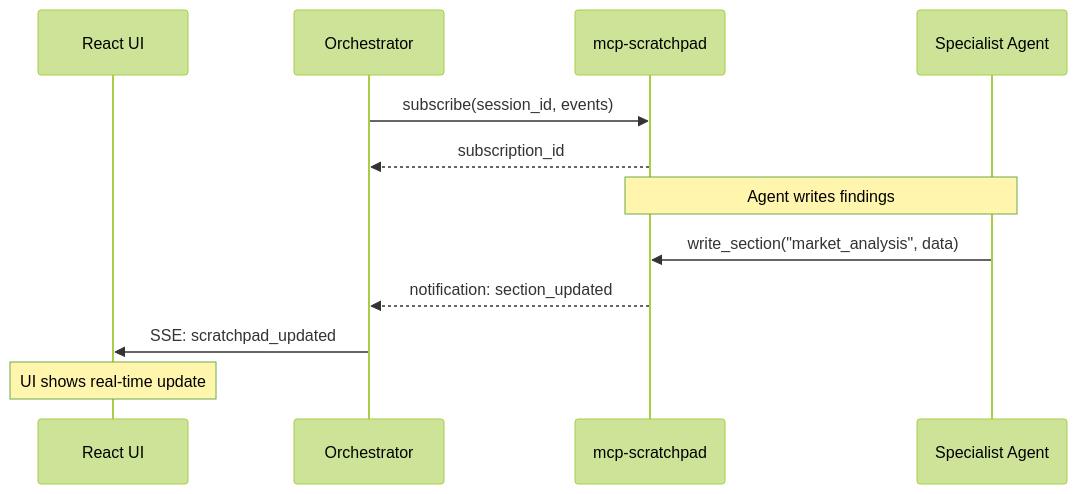
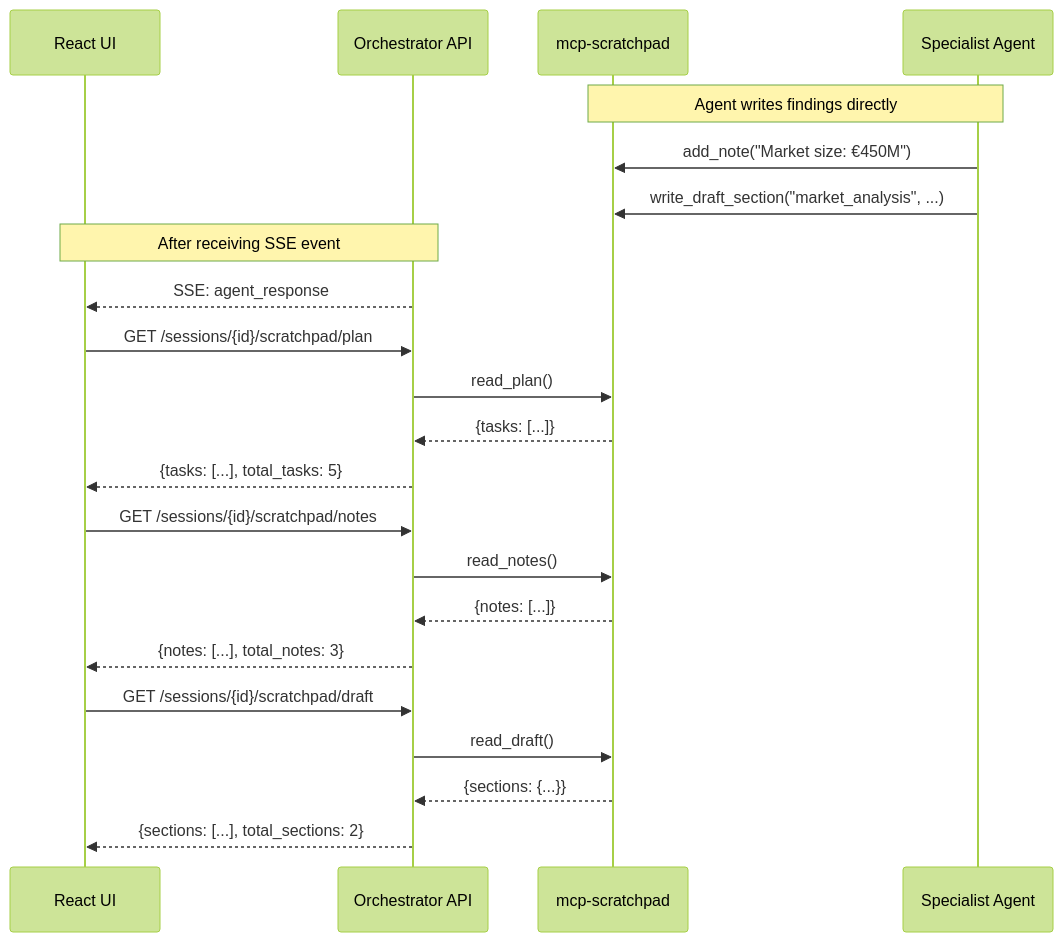
Before and after one commit to cloud-ai-summit-cz/ai: the fifth of 5 diagrams in specs/services/agent-research-orchestrator/ARCHITECTURE.md, drawn with Mermaid (forest theme). The commit also changed other lines of this file and 39 other files, not shown here.

````diff
--- a/specs/services/agent-research-orchestrator/ARCHITECTURE.md
+++ b/specs/services/agent-research-orchestrator/ARCHITECTURE.md
@@ -231,17 +237,28 @@
 ```mermaid
 sequenceDiagram
     participant UI as React UI
-    participant Orch as Orchestrator
+    participant API as Orchestrator API
     participant MCP as mcp-scratchpad
     participant Agent as Specialist Agent
     
-    Orch->>MCP: subscribe(session_id, events)
-    MCP-->>Orch: subscription_id
+    Note over Agent,MCP: Agent writes findings directly
+    Agent->>MCP: add_note("Market size: €450M")
+    Agent->>MCP: write_draft_section("market_analysis", ...)
     
-    Note over Agent,MCP: Agent writes findings
-    Agent->>MCP: write_section("market_analysis", data)
-    MCP-->>Orch: notification: section_updated
-    Orch->>UI: SSE: scratchpad_updated
+    Note over UI,API: After receiving SSE event
+    API-->>UI: SSE: agent_response
+    UI->>API: GET /sessions/{id}/scratchpad/plan
+    API->>MCP: read_plan()
+    MCP-->>API: {tasks: [...]}
+    API-->>UI: {tasks: [...], total_tasks: 5}
     
-    Note over UI: UI shows real-time update
+    UI->>API: GET /sessions/{id}/scratchpad/notes
+    API->>MCP: read_notes()
+    MCP-->>API: {notes: [...]}
+    API-->>UI: {notes: [...], total_notes: 3}
+    
+    UI->>API: GET /sessions/{id}/scratchpad/draft
+    API->>MCP: read_draft()
+    MCP-->>API: {sections: {...}}
+    API-->>UI: {sections: [...], total_sections: 2}
 ```
````
